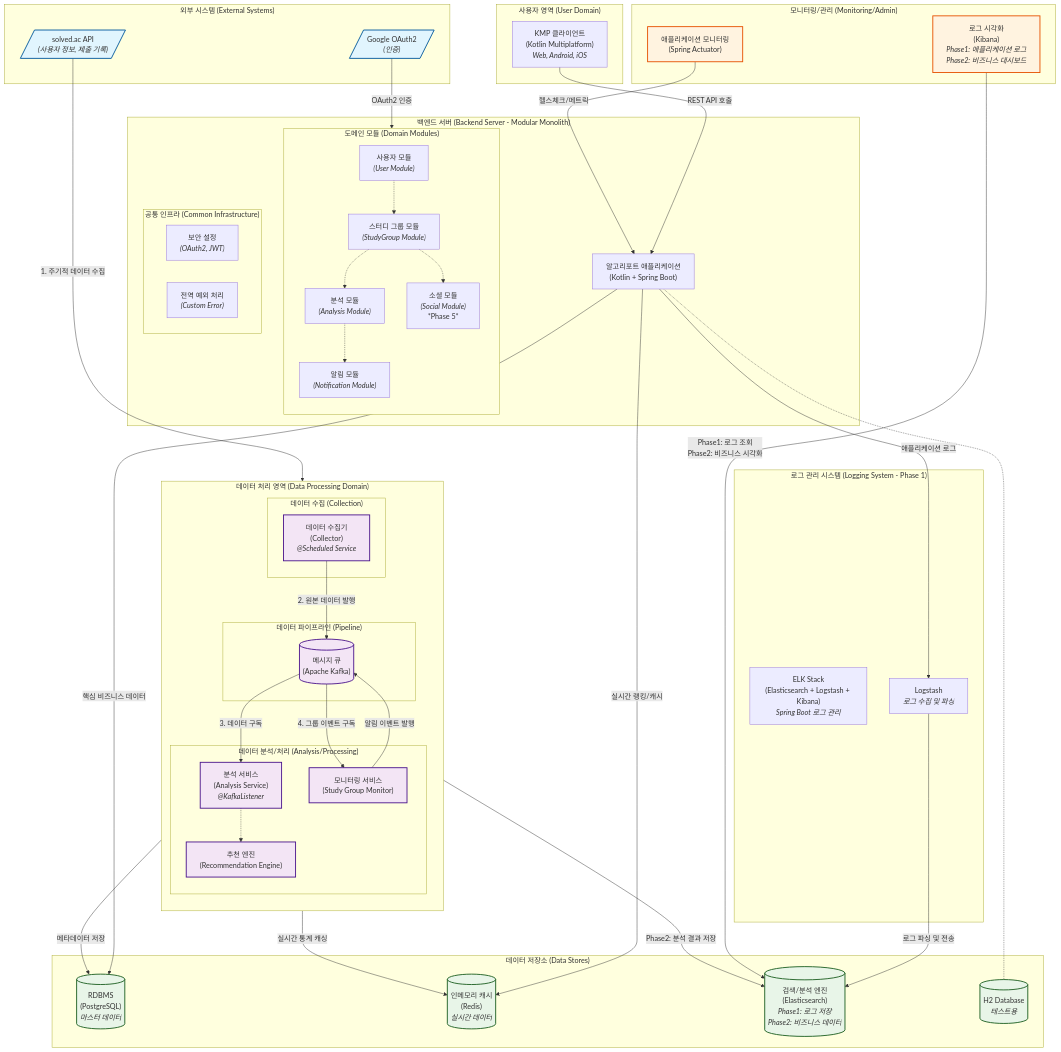
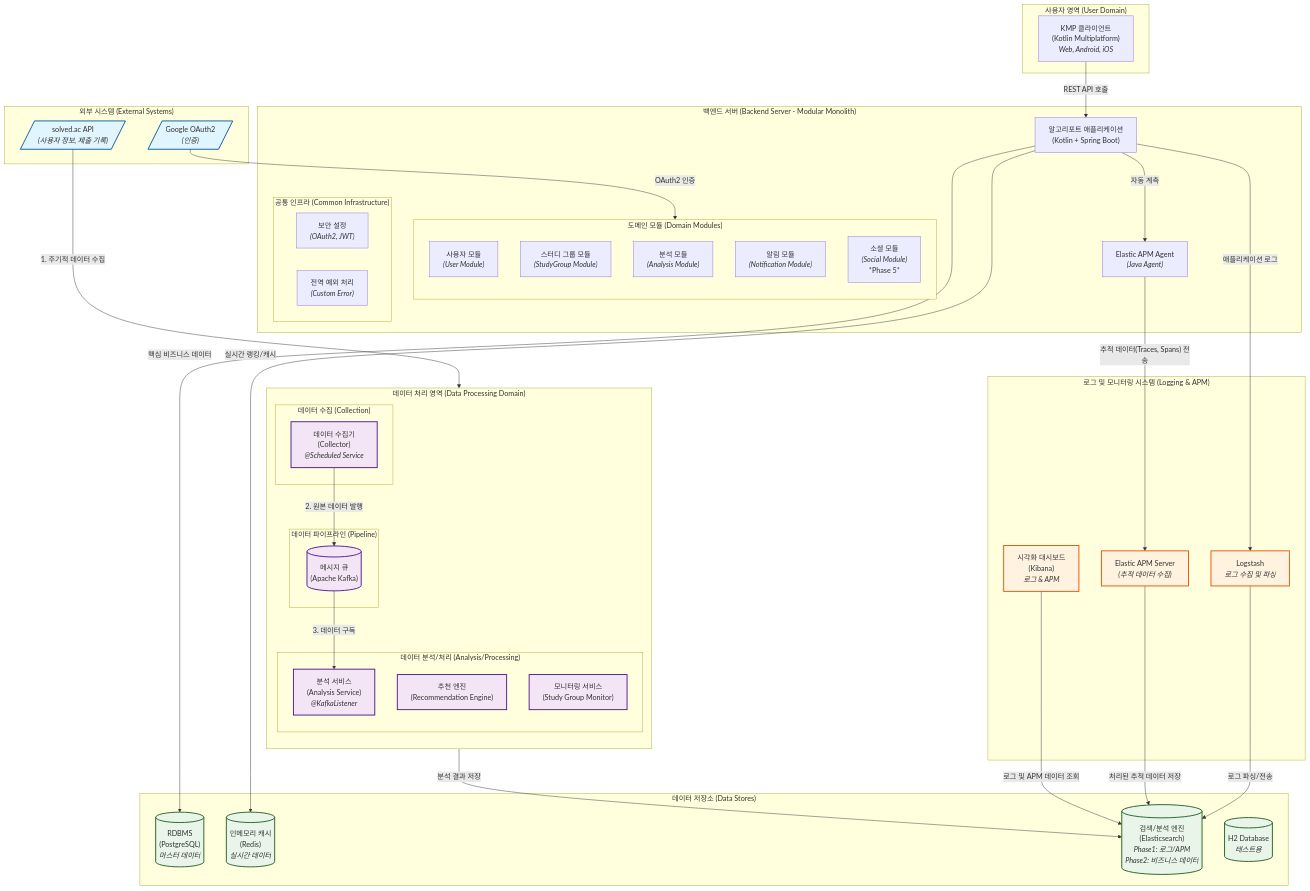
One commit to Hun425/AlgoReport changed the first of 5 diagrams in markdown/architect/Architecture.md. Above: the diagram before and after it, drawn with Mermaid. The commit also changed other lines of this file and 7 other files, not shown here.

Commit message:
docs: refactor: Saga 패턴 리팩토링 및 Elastic APM 도입

````diff
--- a/markdown/architect/Architecture.md
+++ b/markdown/architect/Architecture.md
@@ -14,6 +14,8 @@
 
     subgraph "백엔드 서버 (Backend Server - Modular Monolith)"
         BackendServer["알고리포트 애플리케이션<br>(Kotlin + Spring Boot)"]
+        APMAgent["Elastic APM Agent<br><i>(Java Agent)</i>"]
+        
         subgraph "도메인 모듈 (Domain Modules)"
             direction TB
             UserModule["사용자 모듈<br><i>(User Module)</i>"]
@@ -52,57 +54,41 @@
     subgraph "데이터 저장소 (Data Stores)"
         PostgreSQL[("RDBMS<br>(PostgreSQL)<br><i>마스터 데이터</i>")]
         Redis[("인메모리 캐시<br>(Redis)<br><i>실시간 데이터</i>")]
-        Elasticsearch[("검색/분석 엔진<br>(Elasticsearch)<br><i>Phase1: 로그 저장<br>Phase2: 비즈니스 데이터</i>")]
+        Elasticsearch[("검색/분석 엔진<br>(Elasticsearch)<br><i>Phase1: 로그/APM<br>Phase2: 비즈니스 데이터</i>")]
         H2[("H2 Database<br><i>테스트용</i>")]
     end
 
-    subgraph "로그 관리 시스템 (Logging System - Phase 1)"
-        ELKStack["ELK Stack<br>(Elasticsearch + Logstash + Kibana)<br><i>Spring Boot 로그 관리</i>"]
+    subgraph "로그 및 모니터링 시스템 (Logging & APM)"
+        APMServer["Elastic APM Server<br><i>(추적 데이터 수집)</i>"]
         Logstash["Logstash<br><i>로그 수집 및 파싱</i>"]
+        Kibana["시각화 대시보드<br>(Kibana)<br><i>로그 & APM</i>"]
     end
 
-    subgraph "모니터링/관리 (Monitoring/Admin)"
-        Kibana["로그 시각화<br>(Kibana)<br><i>Phase1: 애플리케이션 로그<br>Phase2: 비즈니스 대시보드</i>"]
-        SpringActuator["애플리케이션 모니터링<br>(Spring Actuator)"]
-    end
-
-    %% 외부 시스템 연동 (External Integration)
+    %% 외부 시스템 연동
     GoogleOAuth -- "OAuth2 인증" --> UserModule
     SolvedACAPI -- "1. 주기적 데이터 수집" --> Collector
     
-    %% 사용자 상호작용 (User Interaction)
+    %% 사용자 상호작용
     KMPClient -- "REST API 호출" --> BackendServer
     
-    %% 모듈 간 상호작용 (Inter-module Communication)
-    UserModule -.-> StudyGroupModule
-    StudyGroupModule -.-> AnalysisModule
-    AnalysisModule -.-> NotificationModule
-    StudyGroupModule -.-> SocialModule
+    %% 백엔드 내부
+    BackendServer -- "자동 계측" --> APMAgent
     
-    %% 데이터 흐름 (Data Flow)
+    %% 데이터 흐름
     Collector -- "2. 원본 데이터 발행" --> Kafka
     Kafka -- "3. 데이터 구독" --> AnalysisService
-    Kafka -- "4. 그룹 이벤트 구독" --> MonitoringService
-    AnalysisService -.-> RecommendationEngine
     
-    %% 데이터 저장 (Data Storage)
+    %% 데이터 저장
     BackendServer -- "핵심 비즈니스 데이터" --> PostgreSQL
     BackendServer -- "실시간 랭킹/캐시" --> Redis
-    AnalysisService -- "Phase2: 분석 결과 저장" --> Elasticsearch
-    AnalysisService -- "실시간 통계 캐싱" --> Redis
-    AnalysisService -- "메타데이터 저장" --> PostgreSQL
-    MonitoringService -- "알림 이벤트 발행" --> Kafka
+    AnalysisService -- "분석 결과 저장" --> Elasticsearch
     
-    %% 로그 관리 (Phase 1)
+    %% 로그 및 APM 흐름
     BackendServer -- "애플리케이션 로그" --> Logstash
-    Logstash -- "로그 파싱 및 전송" --> Elasticsearch
-    
-    %% 개발/테스트 환경
-    BackendServer -.- H2
-    
-    %% 모니터링 (Monitoring)
-    Kibana -- "Phase1: 로그 조회<br>Phase2: 비즈니스 시각화" --> Elasticsearch
-    SpringActuator -- "헬스체크/메트릭" --> BackendServer
+    Logstash -- "로그 파싱/전송" --> Elasticsearch
+    APMAgent -- "추적 데이터(Traces, Spans) 전송" --> APMServer
+    APMServer -- "처리된 추적 데이터 저장" --> Elasticsearch
+    Kibana -- "로그 및 APM 데이터 조회" --> Elasticsearch
 
     %% 스타일링
     classDef external fill:#e1f5fe,stroke:#01579b,stroke-width:2px
@@ -113,5 +99,5 @@
     class SolvedACAPI,GoogleOAuth external
     class Collector,Kafka,AnalysisService,RecommendationEngine,MonitoringService processing
     class PostgreSQL,Redis,Elasticsearch,H2 storage
-    class Kibana,SpringActuator monitoring
+    class APMServer,Logstash,Kibana monitoring
 ```
````
